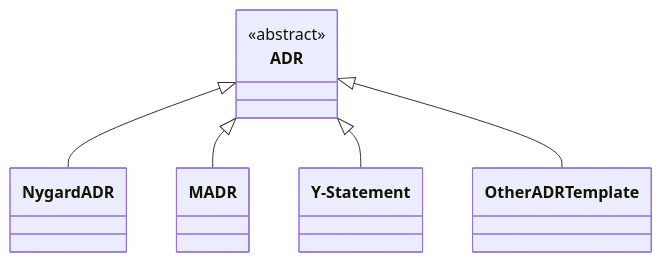
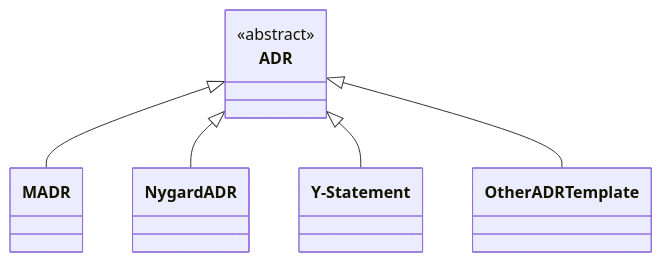
Before and after one commit to adr/adr.github.io: the diagram in index.md, drawn with Mermaid. The commit also changed other lines of this file, not shown here.

Commit message:
MADR first in text and UML

````diff
--- a/index.md
+++ b/index.md
@@ -40,11 +40,11 @@
 ```mermaid
 classDiagram
   direction TB
   class ADR {
     <<abstract>>
   }
+  ADR <|-- MADR
   ADR <|-- NygardADR
-  ADR <|-- MADR
   ADR <|-- Y-Statement
   ADR <|-- OtherADRTemplate
 ```
````
